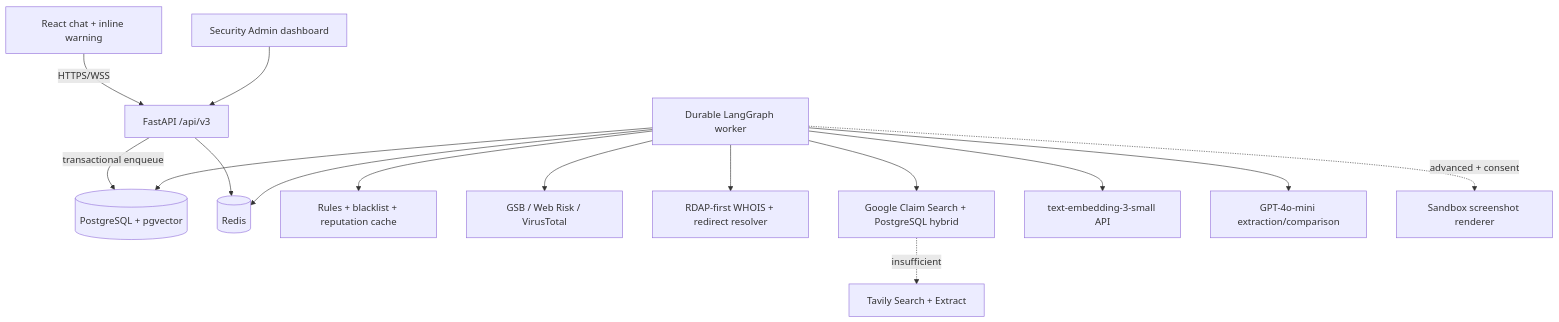
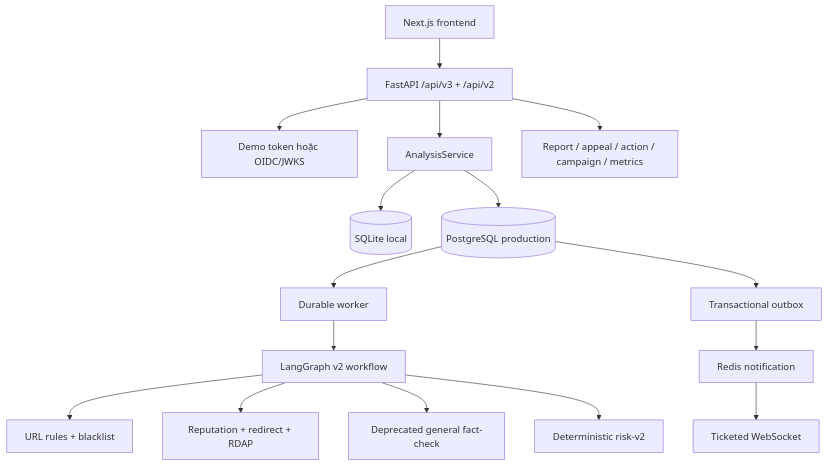
Before and after one commit to Binhdn04/TrustGuard-AI: the first of 2 diagrams in docs/01-ARCHITECTURE.md, drawn with Mermaid. The commit also changed other lines of this file and 12 other files, not shown here.

````diff
--- a/docs/01-ARCHITECTURE.md
+++ b/docs/01-ARCHITECTURE.md
@@ -205,17 +8,18 @@
 ```mermaid
 flowchart TB
-    Web["React chat + inline warning"] -->|HTTPS/WSS| API[FastAPI /api/v3]
-    Admin["Security Admin dashboard"] --> API
-    API -->|transactional enqueue| DB[(PostgreSQL + pgvector)]
-    API --> Redis[(Redis)]
-    Worker[Durable LangGraph worker] --> DB
-    Worker --> Redis
-    Worker --> Local[Rules + blacklist + reputation cache]
-    Worker --> Reputation[GSB / Web Risk / VirusTotal]
-    Worker --> Domain[RDAP-first WHOIS + redirect resolver]
-    Worker --> Facts[Google Claim Search + PostgreSQL hybrid]
-    Facts -. insufficient .-> WebEvidence[Tavily Search + Extract]
-    Worker --> Embed[text-embedding-3-small API]
-    Worker --> LLM[GPT-4o-mini extraction/comparison]
-    Worker -. advanced + consent .-> Screenshot[Sandbox screenshot renderer]
+    UI[Next.js frontend] --> API[FastAPI /api/v3 + /api/v2]
+    API --> Auth[Demo token hoặc OIDC/JWKS]
+    API --> Service[AnalysisService]
+    Service --> SQLite[(SQLite local)]
+    Service --> PG[(PostgreSQL production)]
+    PG --> Worker[Durable worker]
+    Worker --> Graph[LangGraph v2 workflow]
+    Graph --> Rules[URL rules + blacklist]
+    Graph --> URL[Reputation + redirect + RDAP]
+    Graph --> Facts[Deprecated general fact-check]
+    Graph --> Risk[Deterministic risk-v2]
+    PG --> Outbox[Transactional outbox]
+    Outbox --> Redis[Redis notification]
+    Redis --> WS[Ticketed WebSocket]
+    API --> Admin[Report / appeal / action / campaign / metrics]
 ```
````
